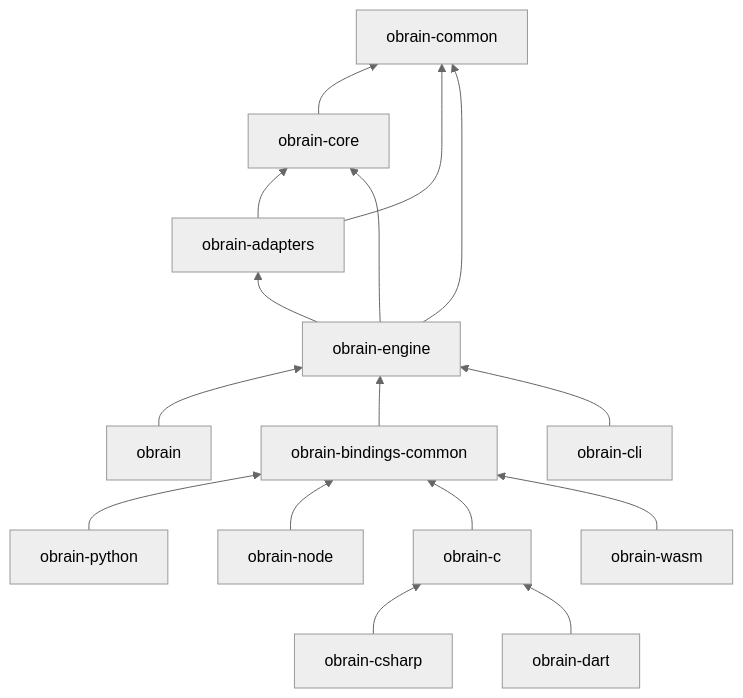
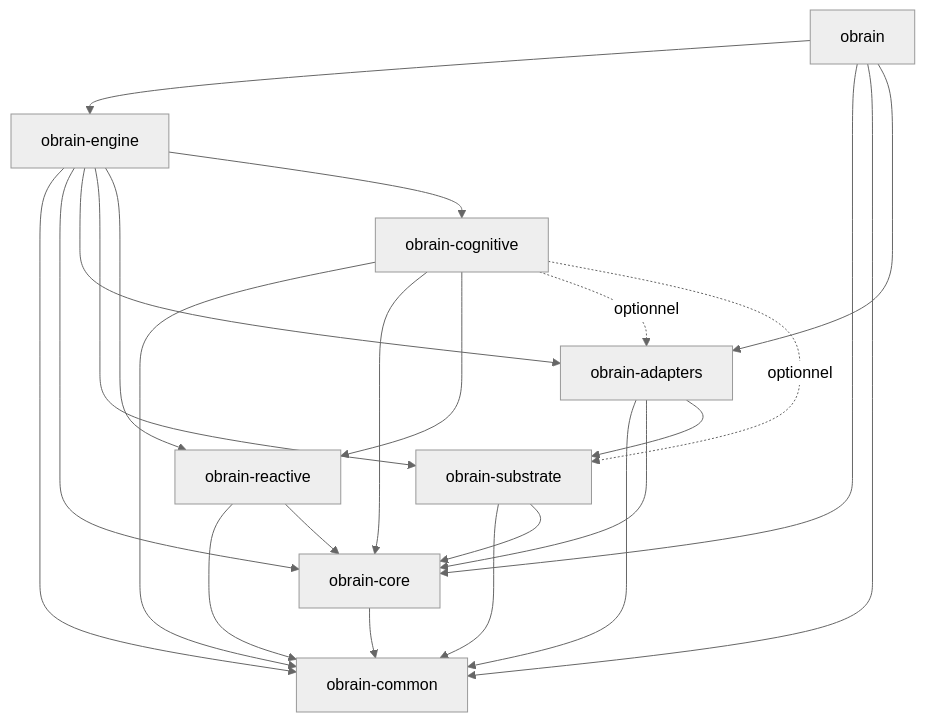
One commit to obrain-db/obrain changed the diagram in docs/architecture/crates.md. Above: the diagram before and after it, drawn with Mermaid (neutral theme). The commit also changed other lines of this file and 159 other files, not shown here.

````diff
--- a/docs/architecture/crates.md
+++ b/docs/architecture/crates.md
@@ -15,32 +17,27 @@
 ```mermaid
-graph BT
+graph TD
     COMMON[obrain-common]
-    CORE[obrain-core]
-    ADAPTERS[obrain-adapters]
-    ENGINE[obrain-engine]
-    OBRAIN[obrain]
-    PYTHON[obrain-python]
-    NODE[obrain-node]
-    CFFI[obrain-c]
-    WASM[obrain-wasm]
-    CSHARP[obrain-csharp]
-    DART[obrain-dart]
-    COMMON_BIND[obrain-bindings-common]
-    CLI[obrain-cli]
-
-    CORE --> COMMON
-    ADAPTERS --> COMMON
+    CORE[obrain-core] --> COMMON
+    SUBSTRATE[obrain-substrate] --> COMMON
+    SUBSTRATE --> CORE
+    REACTIVE[obrain-reactive] --> COMMON
+    REACTIVE --> CORE
+    ADAPTERS[obrain-adapters] --> COMMON
     ADAPTERS --> CORE
-    ENGINE --> COMMON
+    ADAPTERS --> SUBSTRATE
+    COGNITIVE[obrain-cognitive] --> COMMON
+    COGNITIVE --> CORE
+    COGNITIVE --> REACTIVE
+    COGNITIVE -.->|optionnel| ADAPTERS
+    COGNITIVE -.->|optionnel| SUBSTRATE
+    ENGINE[obrain-engine] --> COMMON
     ENGINE --> CORE
     ENGINE --> ADAPTERS
-    OBRAIN --> ENGINE
-    COMMON_BIND --> ENGINE
-    PYTHON --> COMMON_BIND
-    NODE --> COMMON_BIND
-    CFFI --> COMMON_BIND
-    WASM --> COMMON_BIND
-    CSHARP --> CFFI
-    DART --> CFFI
-    CLI --> ENGINE
+    ENGINE --> SUBSTRATE
+    ENGINE --> REACTIVE
+    ENGINE --> COGNITIVE
+    OBRAIN[obrain] --> ENGINE
+    OBRAIN --> CORE
+    OBRAIN --> COMMON
+    OBRAIN --> ADAPTERS
 ```
````
